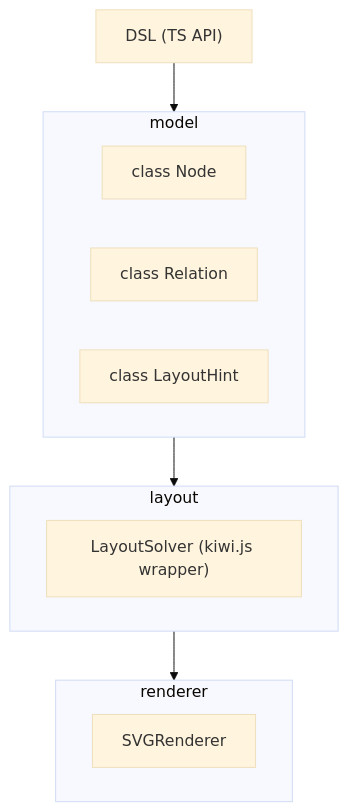
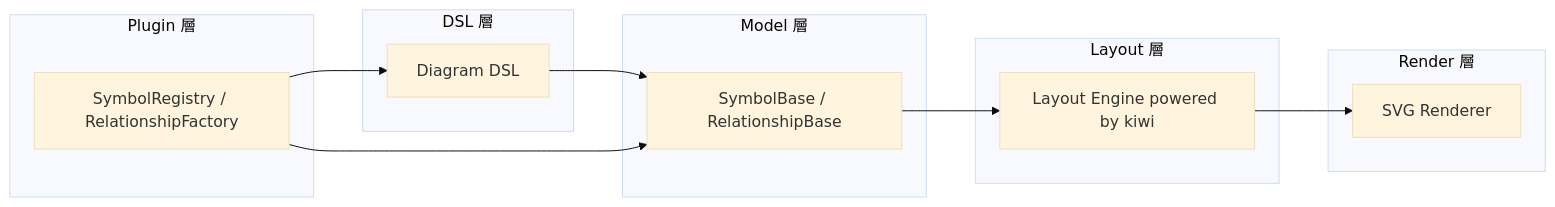
Before and after one commit to tinsep19/kiwumil: the diagram in README.md, drawn with Mermaid (base theme). The commit also changed other lines of this file, not shown here.

````diff
--- a/README.md
+++ b/README.md
@@ -63,20 +63,30 @@
 ```mermaid
-graph TD
-  subgraph model
-    Node["class Node"]
-    Relation["class Relation"]
-    Hint["class LayoutHint"]
+
+flowchart LR
+  subgraph DSL["DSL 層"]
+    D[Diagram DSL]
   end
 
-  subgraph layout
-    Solver["LayoutSolver (kiwi.js wrapper)"]
+  subgraph Model["Model 層"]
+    M[SymbolBase / RelationshipBase]
   end
 
-  subgraph renderer
-    SVGRenderer["SVGRenderer"]
+  subgraph Layout["Layout 層"]
+    L[Layout Engine powered by kiwi]
   end
 
-  DSL["DSL (TS API)"] --> model
-  model --> layout
-  layout --> renderer
+  subgraph Render["Render 層"]
+    R[SVG Renderer]
+  end
+
+  subgraph Plugin["Plugin 層"]
+    P[SymbolRegistry / RelationshipFactory]
+  end
+
+  D --> M
+  M --> L
+  L --> R
+  P --> M
+  P --> D
+
 ```
````
